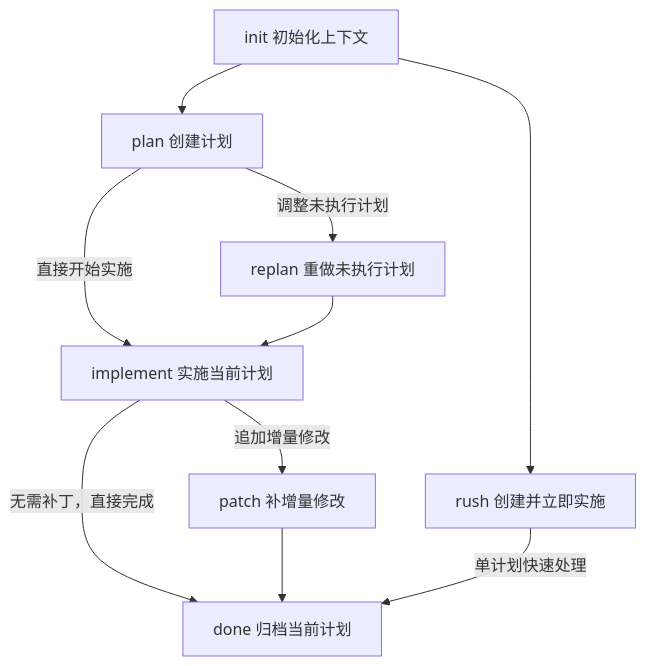
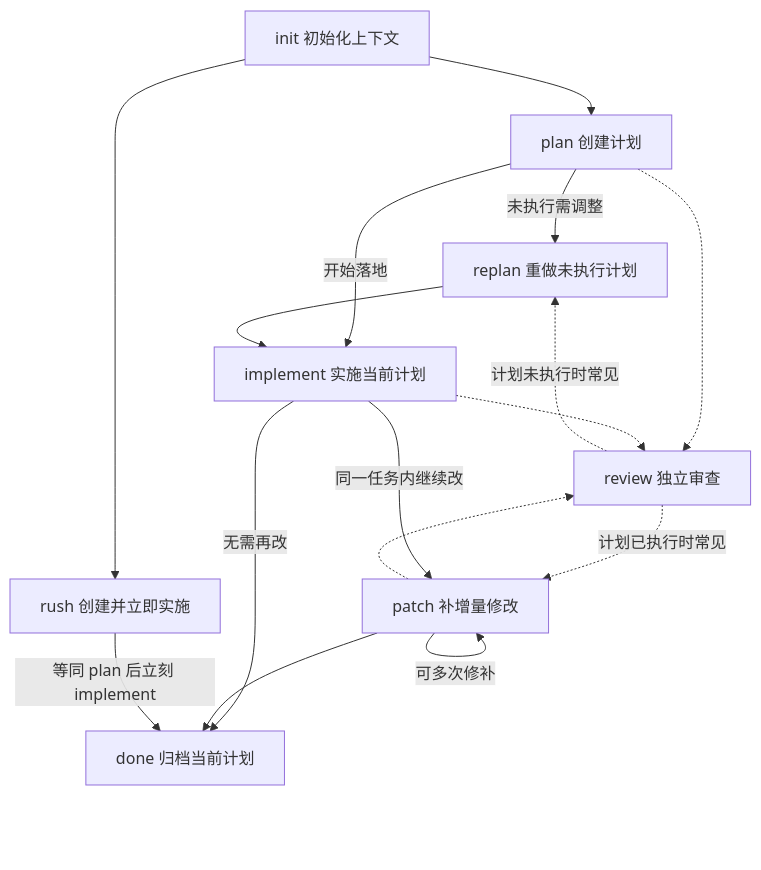
Before and after one commit to cabinet-fe/cat-kit: the diagram in docs/content/packages/agent-context/index.md, drawn with Mermaid. The commit also changed other lines of this file and 30 other files, not shown here.

````diff
--- a/docs/content/packages/agent-context/index.md
+++ b/docs/content/packages/agent-context/index.md
@@ -35,20 +35,27 @@
 ```mermaid
 flowchart TD
     init[init 初始化上下文]
     plan[plan 创建计划]
     replan[replan 重做未执行计划]
     implement[implement 实施当前计划]
     patch[patch 补增量修改]
+    review[review 独立审查]
     done[done 归档当前计划]
     rush[rush 创建并立即实施]
 
     init --> plan
     init --> rush
-    plan -->|调整未执行计划| replan
-    plan -->|直接开始实施| implement
+    plan -->|未执行需调整| replan
+    plan -->|开始落地| implement
     replan --> implement
-    implement -->|追加增量修改| patch
-    implement -->|无需补丁，直接完成| done
+    plan -.-> review
+    implement -.-> review
+    patch -.-> review
+    review -.->|计划未执行时常见| replan
+    review -.->|计划已执行时常见| patch
+    implement -->|同一任务内继续改| patch
+    implement -->|无需再改| done
+    patch -->|可多次修补| patch
     patch --> done
-    rush -->|单计划快速处理| done
+    rush -->|等同 plan 后立刻 implement| done
 ```
````
